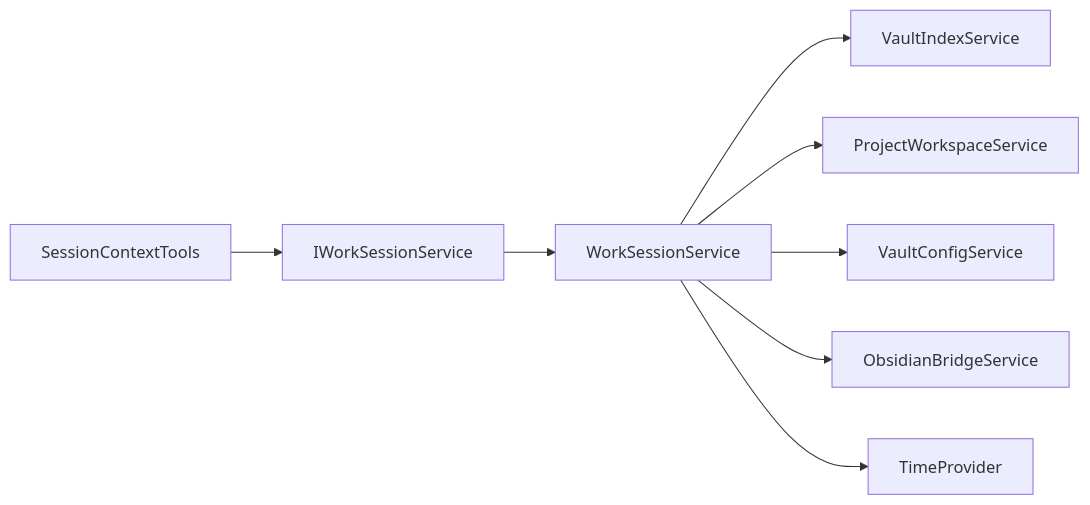
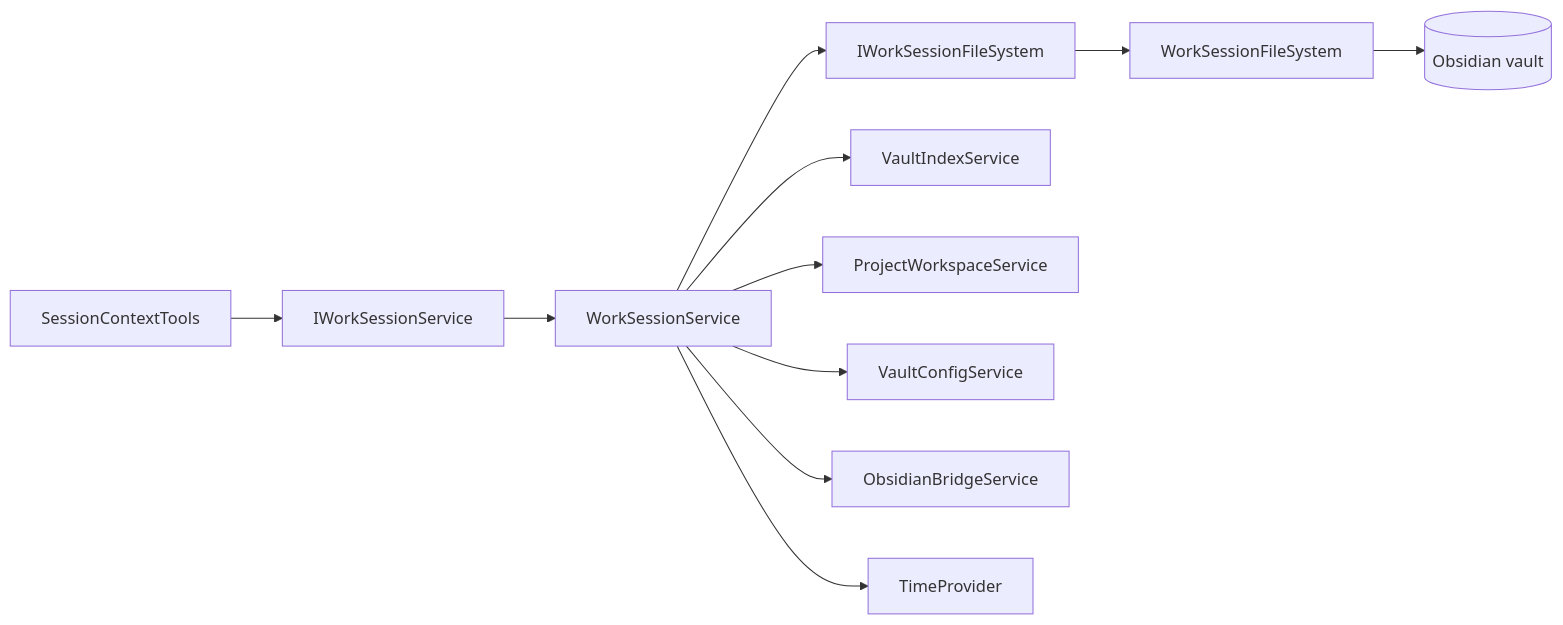
The second of 2 diagrams in docs/architecture.md (sandovaldavid/kioku), drawn with Mermaid before and after one commit. The commit also changed other lines of this file and 13 other files, not shown here.

````diff
--- a/docs/architecture.md
+++ b/docs/architecture.md
@@ -36,10 +38,13 @@
 ```mermaid
 flowchart LR
     SessionContextTools --> IWorkSessionService
     IWorkSessionService --> WorkSessionService
+    WorkSessionService --> IWorkSessionFileSystem
+    IWorkSessionFileSystem --> WorkSessionFileSystem
+    WorkSessionFileSystem --> Vault[(Obsidian vault)]
     WorkSessionService --> VaultIndexService
     WorkSessionService --> ProjectWorkspaceService
     WorkSessionService --> VaultConfigService
     WorkSessionService --> ObsidianBridgeService
     WorkSessionService --> TimeProvider
 ```
````
